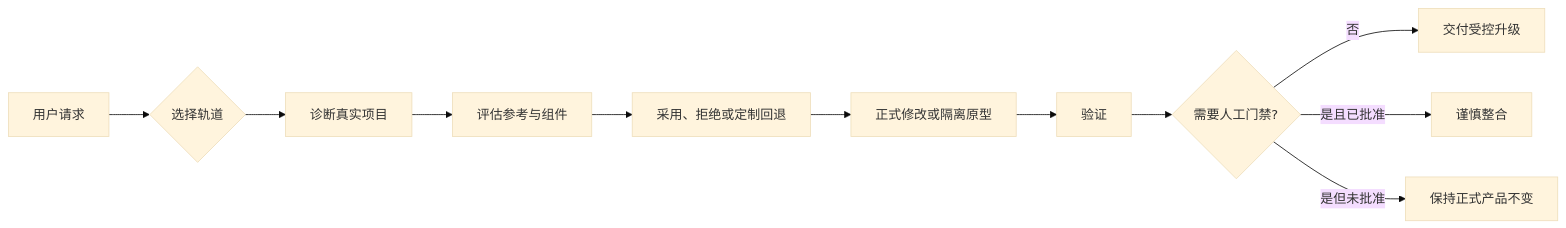
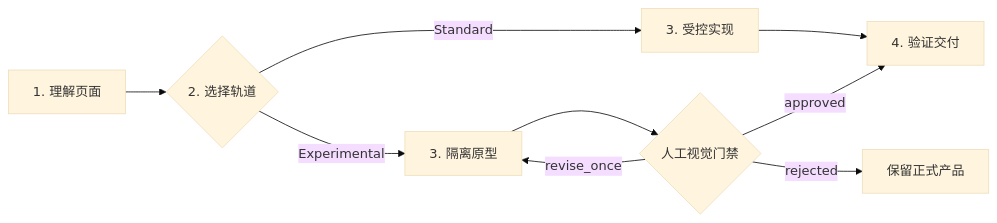
The diagram in README.md (Zeno-wistom/vibe-upgrader), drawn with Mermaid (base theme) before and after one commit. The commit also changed other lines of this file and 5 other files, not shown here.

````diff
--- a/README.md
+++ b/README.md
@@ -102,13 +171,11 @@
 ```mermaid
 flowchart LR
-    A[用户请求] --> B{选择轨道}
-    B --> C[诊断真实项目]
-    C --> D[评估参考与组件]
-    D --> E[采用、拒绝或定制回退]
-    E --> F[正式修改或隔离原型]
-    F --> G[验证]
-    G --> H{需要人工门禁?}
-    H -->|否| I[交付受控升级]
-    H -->|是且已批准| J[谨慎整合]
-    H -->|是但未批准| K[保持正式产品不变]
+    A["1. 理解页面"] --> B{"2. 选择轨道"}
+    B -->|Standard| C["3. 受控实现"]
+    B -->|Experimental| D["3. 隔离原型"]
+    C --> E["4. 验证交付"]
+    D --> F{"人工视觉门禁"}
+    F -->|approved| E
+    F -->|revise_once| D
+    F -->|rejected| G["保留正式产品"]
 ```
````
